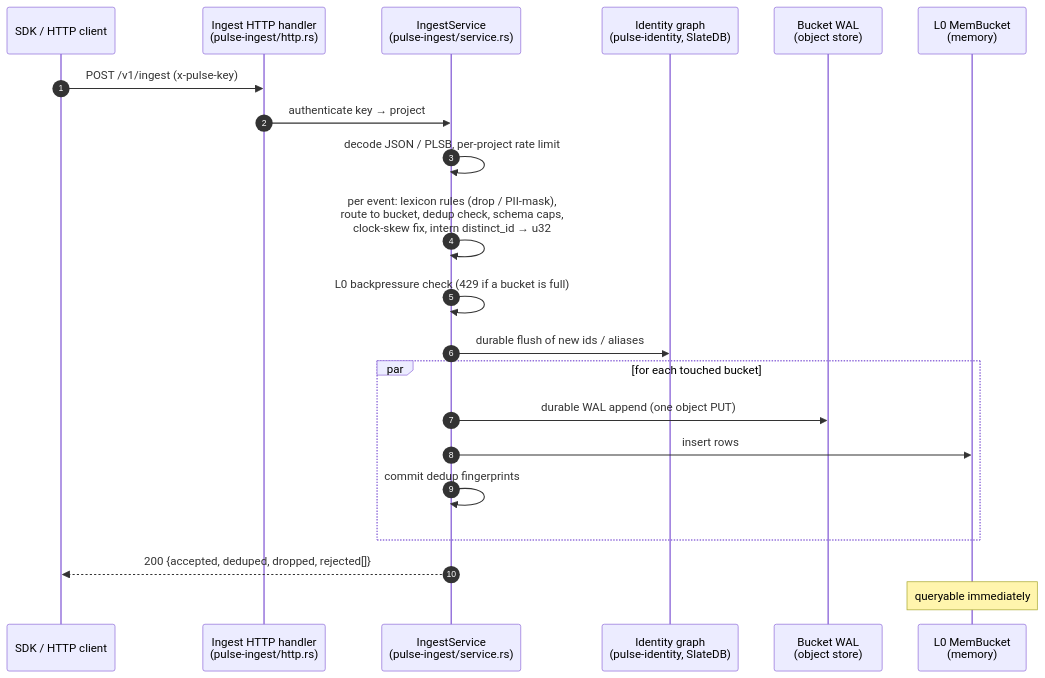
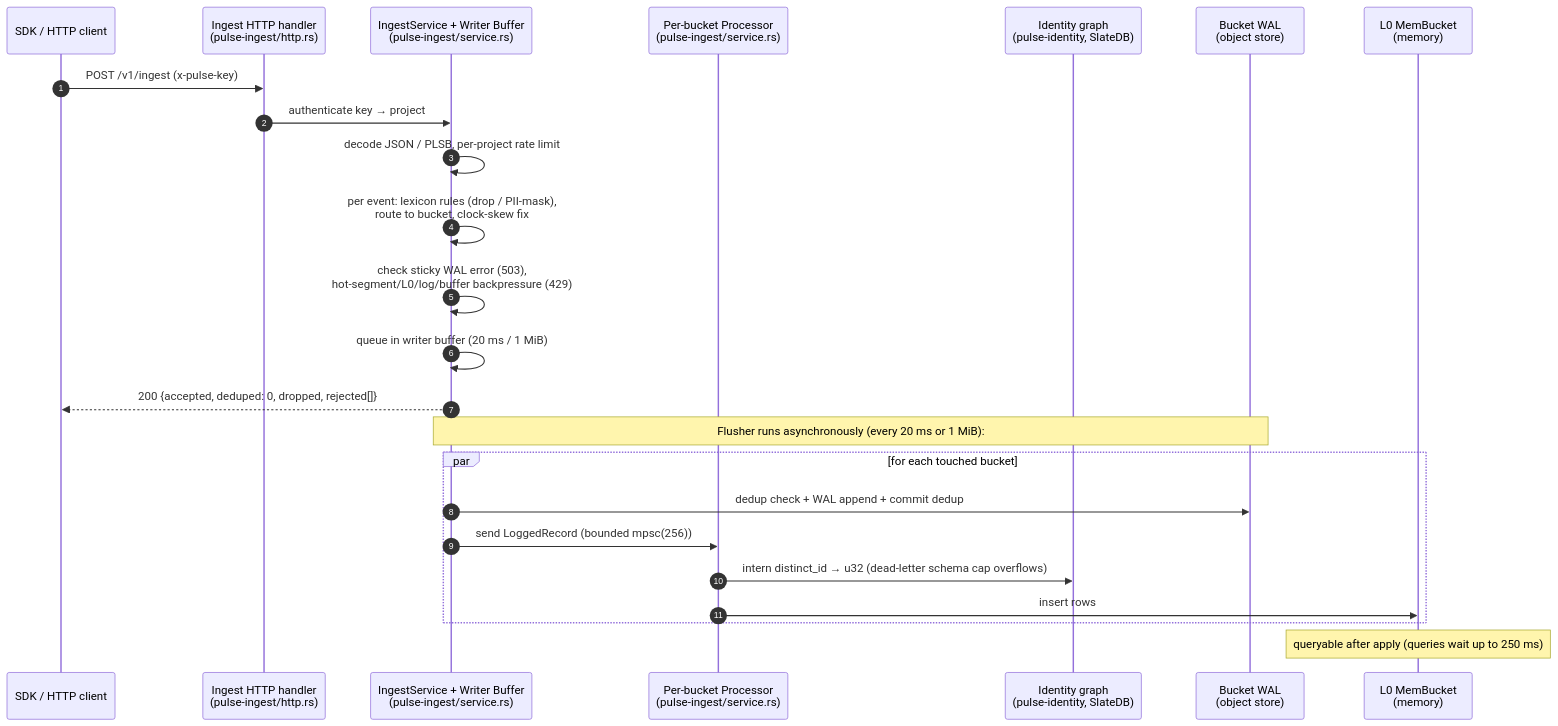
The first of 3 diagrams in docs/how-it-works.md (sswapnil2/analytics-system), drawn with Mermaid before and after one commit. The commit also changed other lines of this file and 41 other files, not shown here.

First line of the commit message:
feat(ingest,storage,node): land W1 async event ack, PR #98 appender/processor split, dead-letters, and observability (M4a)

````diff
--- a/docs/how-it-works.md
+++ b/docs/how-it-works.md
@@ -50,23 +50,26 @@
 ```mermaid
 sequenceDiagram
     autonumber
     participant SDK as SDK / HTTP client
     participant H as Ingest HTTP handler<br/>(pulse-ingest/http.rs)
-    participant S as IngestService<br/>(pulse-ingest/service.rs)
+    participant S as IngestService + Writer Buffer<br/>(pulse-ingest/service.rs)
+    participant P as Per-bucket Processor<br/>(pulse-ingest/service.rs)
     participant ID as Identity graph<br/>(pulse-identity, SlateDB)
     participant W as Bucket WAL<br/>(object store)
     participant L0 as L0 MemBucket<br/>(memory)
     SDK->>H: POST /v1/ingest (x-pulse-key)
     H->>S: authenticate key → project
     S->>S: decode JSON / PLSB, per-project rate limit
-    S->>S: per event: lexicon rules (drop / PII-mask),<br/>route to bucket, dedup check, schema caps,<br/>clock-skew fix, intern distinct_id → u32
-    S->>S: L0 backpressure check (429 if a bucket is full)
-    S->>ID: durable flush of new ids / aliases
+    S->>S: per event: lexicon rules (drop / PII-mask),<br/>route to bucket, clock-skew fix
+    S->>S: check sticky WAL error (503),<br/>hot-segment/L0/log/buffer backpressure (429)
+    S->>S: queue in writer buffer (20 ms / 1 MiB)
+    S-->>SDK: 200 {accepted, deduped: 0, dropped, rejected[]}
+    Note over S,W: Flusher runs asynchronously (every 20 ms or 1 MiB):
     par for each touched bucket
-        S->>W: durable WAL append (one object PUT)
-        S->>L0: insert rows
-        S->>S: commit dedup fingerprints
+        S->>W: dedup check + WAL append + commit dedup
+        S->>P: send LoggedRecord (bounded mpsc(256))
+        P->>ID: intern distinct_id → u32 (dead-letter schema cap overflows)
+        P->>L0: insert rows
     end
-    S-->>SDK: 200 {accepted, deduped, dropped, rejected[]}
-    Note over L0: queryable immediately
+    Note over L0: queryable after apply (queries wait up to 250 ms)
 ```
````
